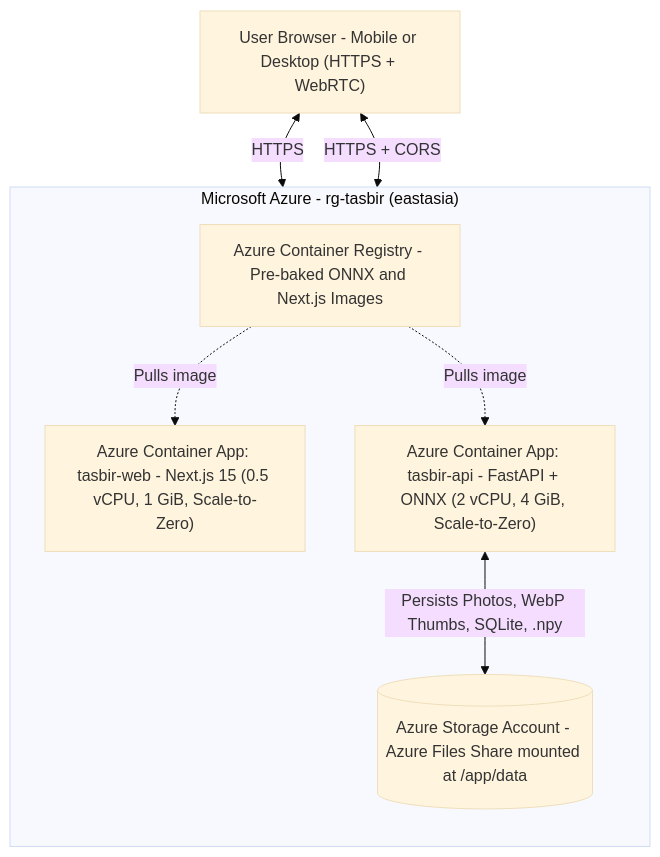
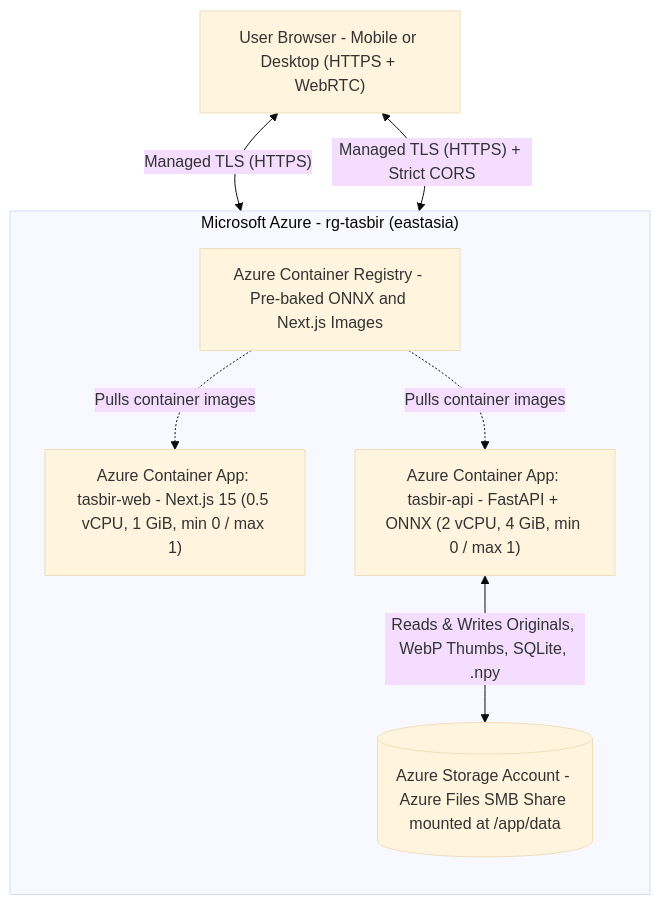
One commit to devsijanpandey12/Tasbir---Multi-Pose-Face-Retrieval- changed the second of 2 diagrams in README.md. Above: the diagram before and after it, drawn with Mermaid (base theme). The commit also changed other lines of this file, not shown here.

Commit message:
move ui preview up, highlight live app button, and document azure setup

````diff
--- a/README.md
+++ b/README.md
@@ -123,19 +116,19 @@
 ```mermaid
 flowchart TD
     User["User Browser - Mobile or Desktop (HTTPS + WebRTC)"]
 
     subgraph Azure["Microsoft Azure - rg-tasbir (eastasia)"]
         direction TB
         ACR["Azure Container Registry - Pre-baked ONNX and Next.js Images"]
-        Web["Azure Container App: tasbir-web - Next.js 15 (0.5 vCPU, 1 GiB, Scale-to-Zero)"]
-        API["Azure Container App: tasbir-api - FastAPI + ONNX (2 vCPU, 4 GiB, Scale-to-Zero)"]
-        Files[("Azure Storage Account - Azure Files Share mounted at /app/data")]
+        Web["Azure Container App: tasbir-web - Next.js 15 (0.5 vCPU, 1 GiB, min 0 / max 1)"]
+        API["Azure Container App: tasbir-api - FastAPI + ONNX (2 vCPU, 4 GiB, min 0 / max 1)"]
+        Files[("Azure Storage Account - Azure Files SMB Share mounted at /app/data")]
 
-        ACR -.->|"Pulls image"| Web
-        ACR -.->|"Pulls image"| API
-        API <-->|"Persists Photos, WebP Thumbs, SQLite, .npy"| Files
+        ACR -.->|"Pulls container images"| Web
+        ACR -.->|"Pulls container images"| API
+        API <-->|"Reads & Writes Originals, WebP Thumbs, SQLite, .npy"| Files
     end
 
-    User <-->|"HTTPS"| Web
-    User <-->|"HTTPS + CORS"| API
+    User <-->|"Managed TLS (HTTPS)"| Web
+    User <-->|"Managed TLS (HTTPS) + Strict CORS"| API
 ```
````
